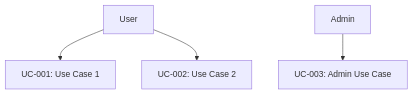
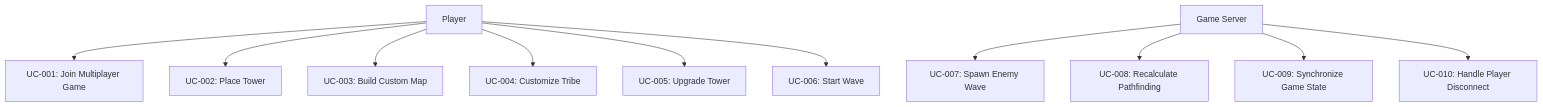
One commit to frostaura/ai.toolkit.gaia changed the diagram in .gaia/designs/1-use-cases.md. Above: the diagram before and after it, drawn with Mermaid. The commit also changed other lines of this file and 90 other files, not shown here.

Commit message:
feat(5.1): major refactor and rearchitecting agent network.

````diff
--- a/.gaia/designs/1-use-cases.md
+++ b/.gaia/designs/1-use-cases.md
@@ -39,6 +70,13 @@
 ```mermaid
 graph TB
-    User[User] --> UC1[UC-001: Use Case 1]
-    User --> UC2[UC-002: Use Case 2]
-    Admin[Admin] --> UC3[UC-003: Admin Use Case]
+    Player[Player] --> UC1[UC-001: Join Multiplayer Game]
+    Player --> UC2[UC-002: Place Tower]
+    Player --> UC3[UC-003: Build Custom Map]
+    Player --> UC4[UC-004: Customize Tribe]
+    Player --> UC5[UC-005: Upgrade Tower]
+    Player --> UC6[UC-006: Start Wave]
+    GameServer[Game Server] --> UC7[UC-007: Spawn Enemy Wave]
+    GameServer --> UC8[UC-008: Recalculate Pathfinding]
+    GameServer --> UC9[UC-009: Synchronize Game State]
+    GameServer --> UC10[UC-010: Handle Player Disconnect]
 ```
````
